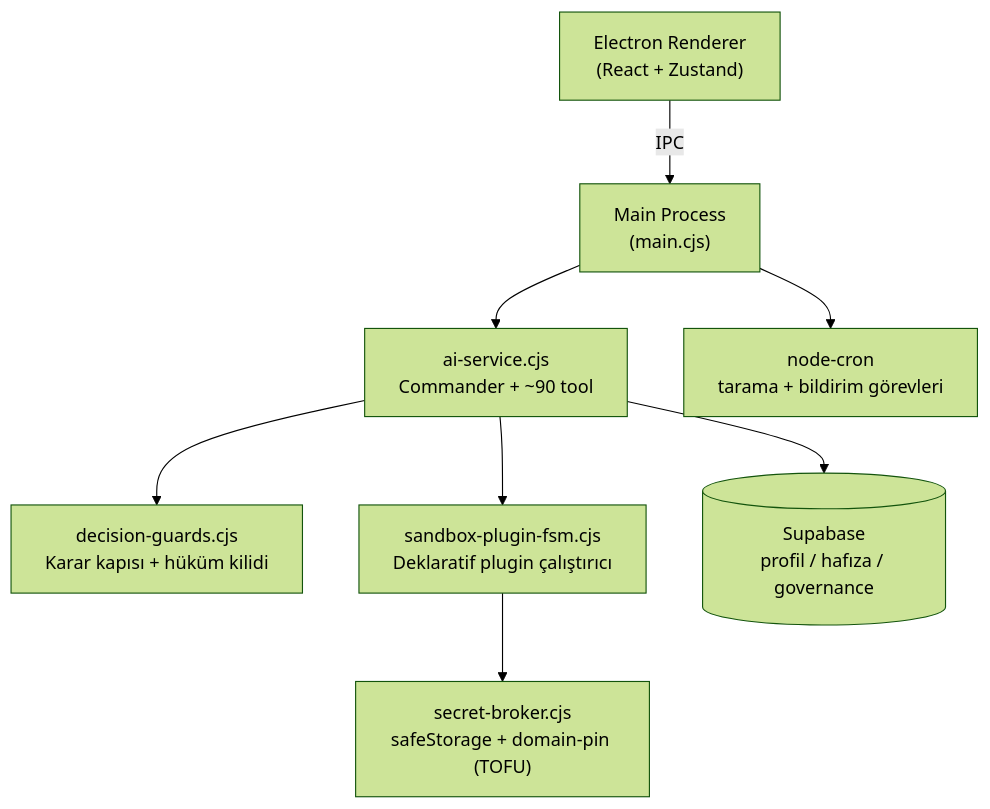
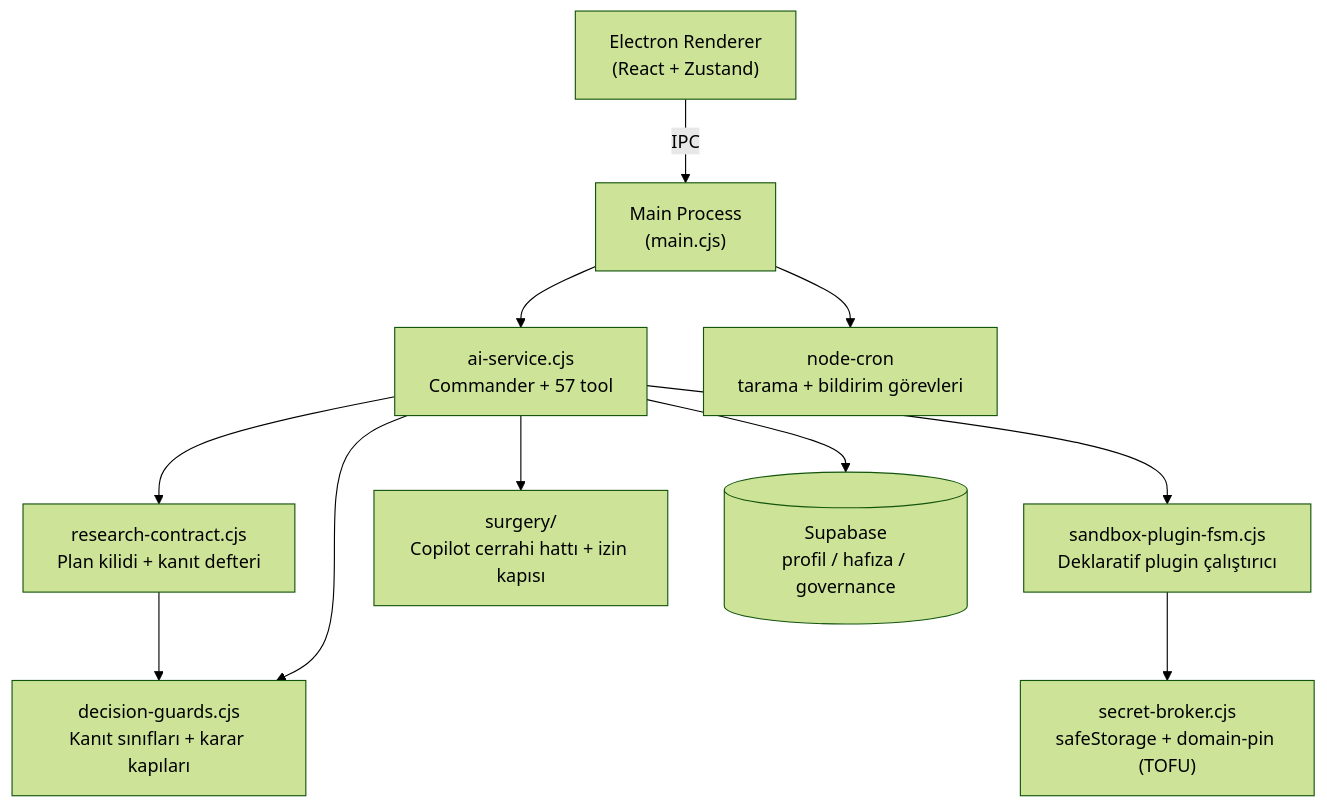
One commit to emrahbadas/CAKAL changed the diagram in README.md. Above: the diagram before and after it, drawn with Mermaid (forest theme). The commit also changed other lines of this file, not shown here.

First line of the commit message:
docs: README'yi araştırma sözleşmesi ve kanıt disipliniyle güncelle

````diff
--- a/README.md
+++ b/README.md
@@ -52,10 +102,13 @@
 ```mermaid
 flowchart TD
     UI["Electron Renderer<br/>(React + Zustand)"] -->|IPC| MAIN["Main Process<br/>(main.cjs)"]
-    MAIN --> AI["ai-service.cjs<br/>Commander + ~90 tool"]
-    AI --> GUARDS["decision-guards.cjs<br/>Karar kapısı + hüküm kilidi"]
+    MAIN --> AI["ai-service.cjs<br/>Commander + 57 tool"]
+    AI --> RC["research-contract.cjs<br/>Plan kilidi + kanıt defteri"]
+    RC --> GUARDS["decision-guards.cjs<br/>Kanıt sınıfları + karar kapıları"]
+    AI --> GUARDS
     AI --> FSM["sandbox-plugin-fsm.cjs<br/>Deklaratif plugin çalıştırıcı"]
     FSM --> SB["secret-broker.cjs<br/>safeStorage + domain-pin (TOFU)"]
+    AI --> SURG["surgery/<br/>Copilot cerrahi hattı + izin kapısı"]
     AI --> SUPA[("Supabase<br/>profil / hafıza / governance")]
     MAIN --> CRON["node-cron<br/>tarama + bildirim görevleri"]
 ```
````
